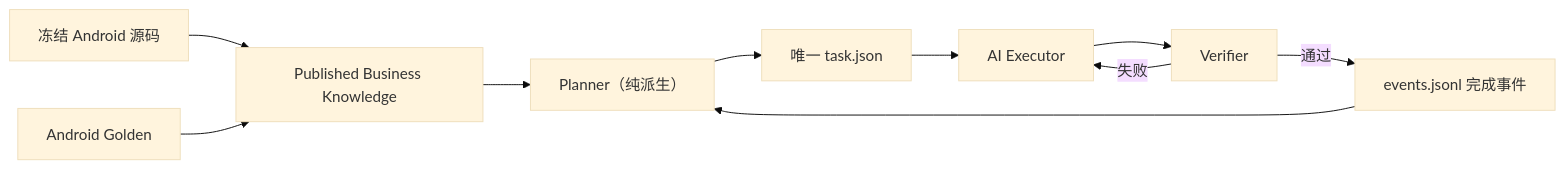
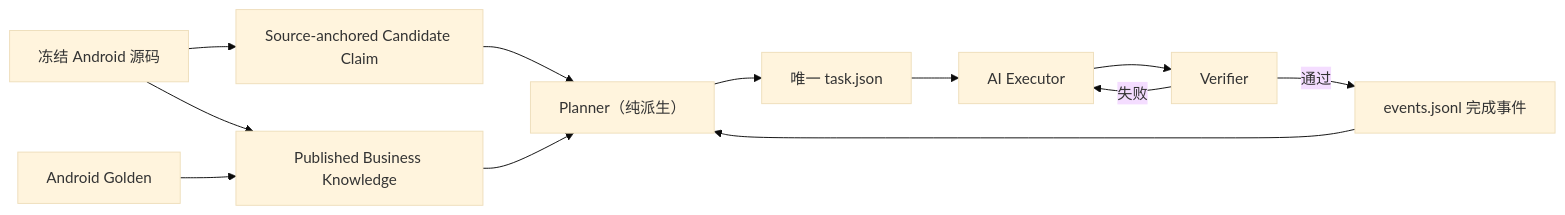
The diagram in ios/docs/minimal-loop-v2.md (yangtianxiang0313/legado), drawn with Mermaid (base theme) before and after one commit. The commit also changed other lines of this file and 6 other files, not shown here.

Commit message:
feat(ios): derive characterization tasks from source knowledge

````diff
--- a/ios/docs/minimal-loop-v2.md
+++ b/ios/docs/minimal-loop-v2.md
@@ -17,12 +17,14 @@
 ```mermaid
 flowchart LR
-  A["冻结 Android 源码"] --> K["Published Business Knowledge"]
+  A["冻结 Android 源码"] --> C["Source-anchored Candidate Claim"]
+  C --> P
+  A --> K["Published Business Knowledge"]
   G["Android Golden"] --> K
   K --> P["Planner（纯派生）"]
   P --> T["唯一 task.json"]
   T --> E["AI Executor"]
   E --> V["Verifier"]
   V -->|失败| E
   V -->|通过| L["events.jsonl 完成事件"]
   L --> P
 ```
````
